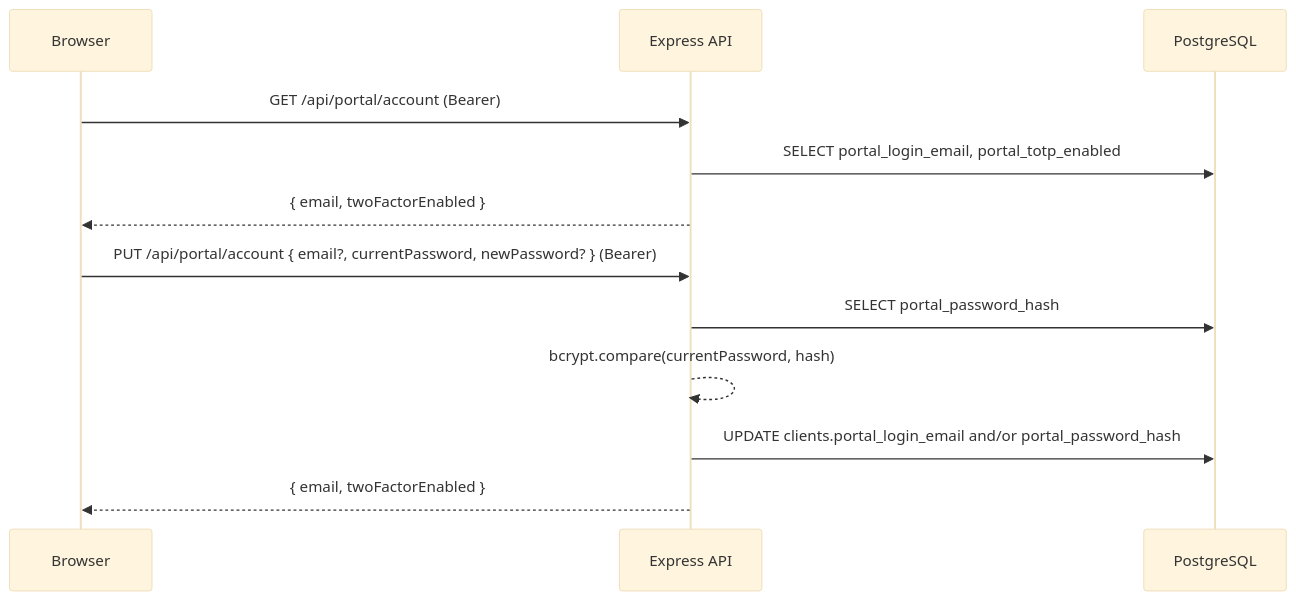
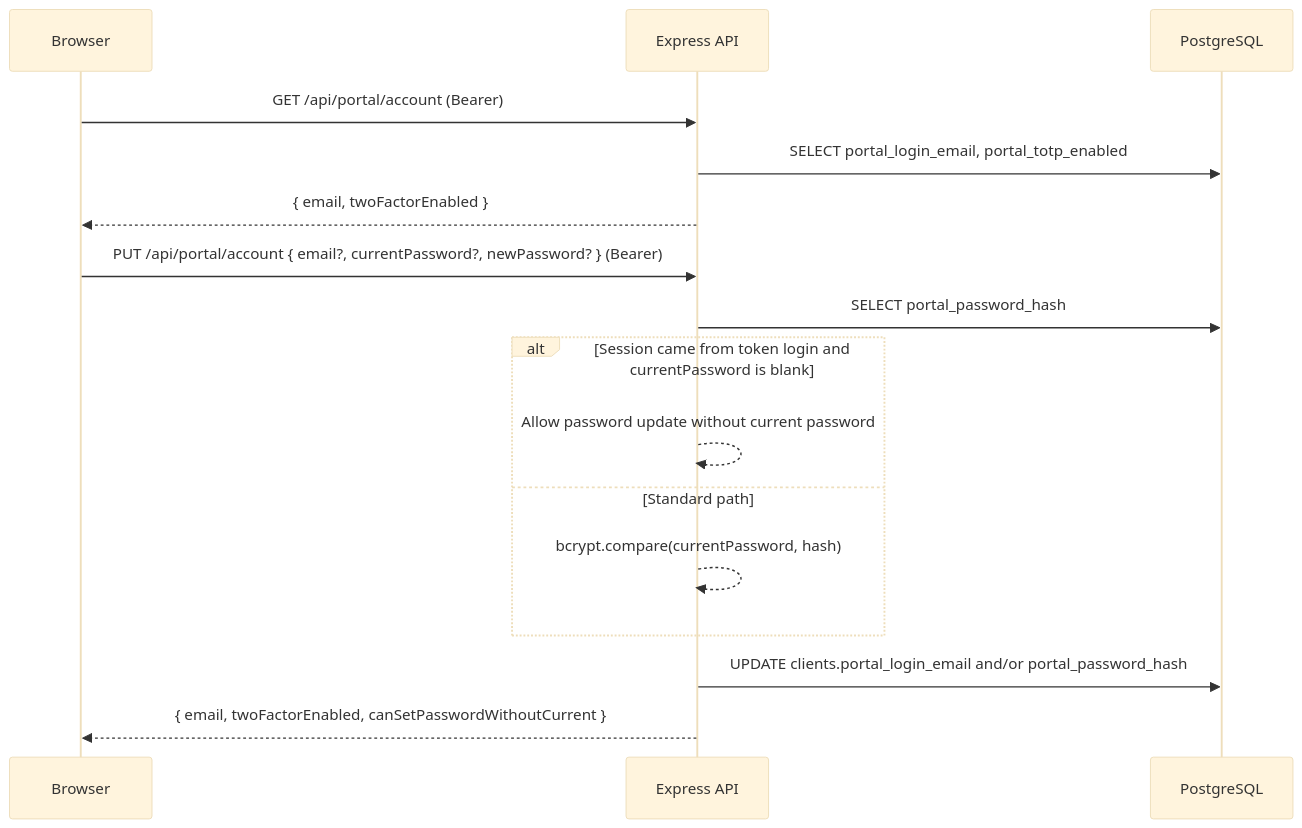
The sixth of 6 diagrams in docs/client-portal/login-and-usage.md (becomeonewiththecode/invoicing), drawn with Mermaid (base theme) before and after one commit. The commit also changed other lines of this file and 10 other files, not shown here.

First line of the commit message:
feat(portal): allow token-session password setup and improve save feedback

````diff
--- a/docs/client-portal/login-and-usage.md
+++ b/docs/client-portal/login-and-usage.md
@@ -155,16 +155,20 @@
 ```mermaid
 sequenceDiagram
   participant B as Browser
   participant E as Express API
   participant PG as PostgreSQL
 
   B->>E: GET /api/portal/account (Bearer)
   E->>PG: SELECT portal_login_email, portal_totp_enabled
   E-->>B: { email, twoFactorEnabled }
 
-  B->>E: PUT /api/portal/account { email?, currentPassword, newPassword? } (Bearer)
+  B->>E: PUT /api/portal/account { email?, currentPassword?, newPassword? } (Bearer)
   E->>PG: SELECT portal_password_hash
-  E-->>E: bcrypt.compare(currentPassword, hash)
+  alt Session came from token login and currentPassword is blank
+    E-->>E: Allow password update without current password
+  else Standard path
+    E-->>E: bcrypt.compare(currentPassword, hash)
+  end
   E->>PG: UPDATE clients.portal_login_email and/or portal_password_hash
-  E-->>B: { email, twoFactorEnabled }
+  E-->>B: { email, twoFactorEnabled, canSetPasswordWithoutCurrent }
 ```
````
